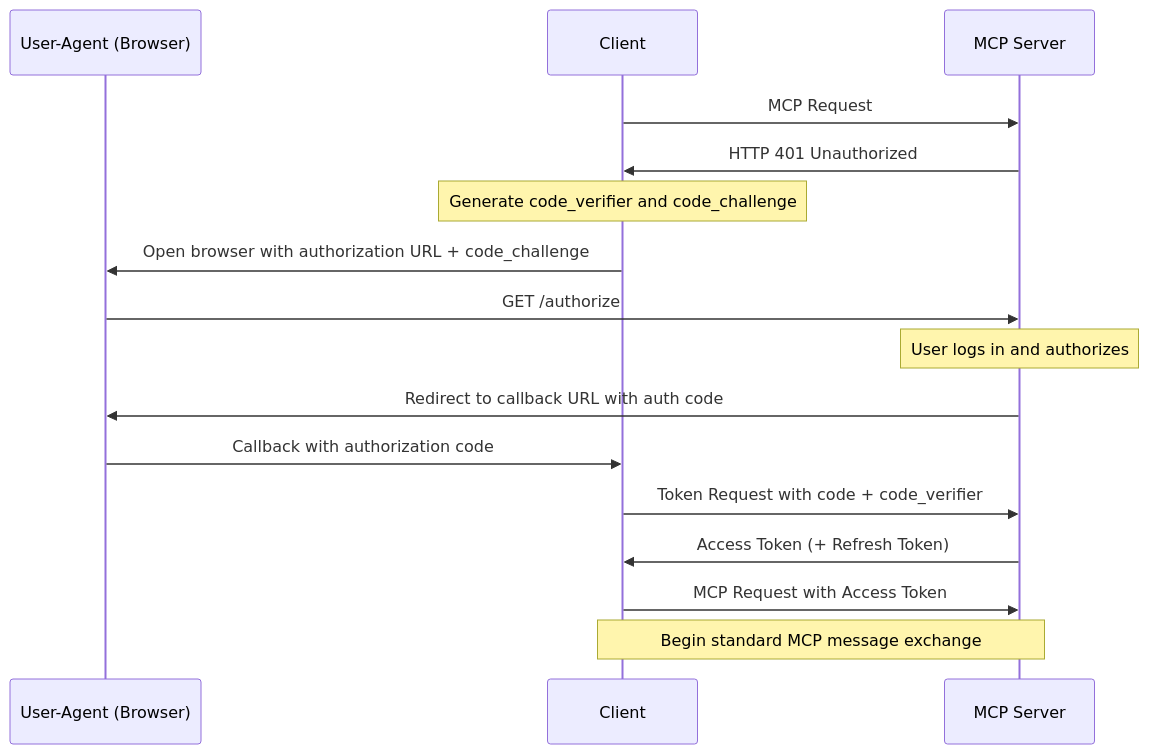
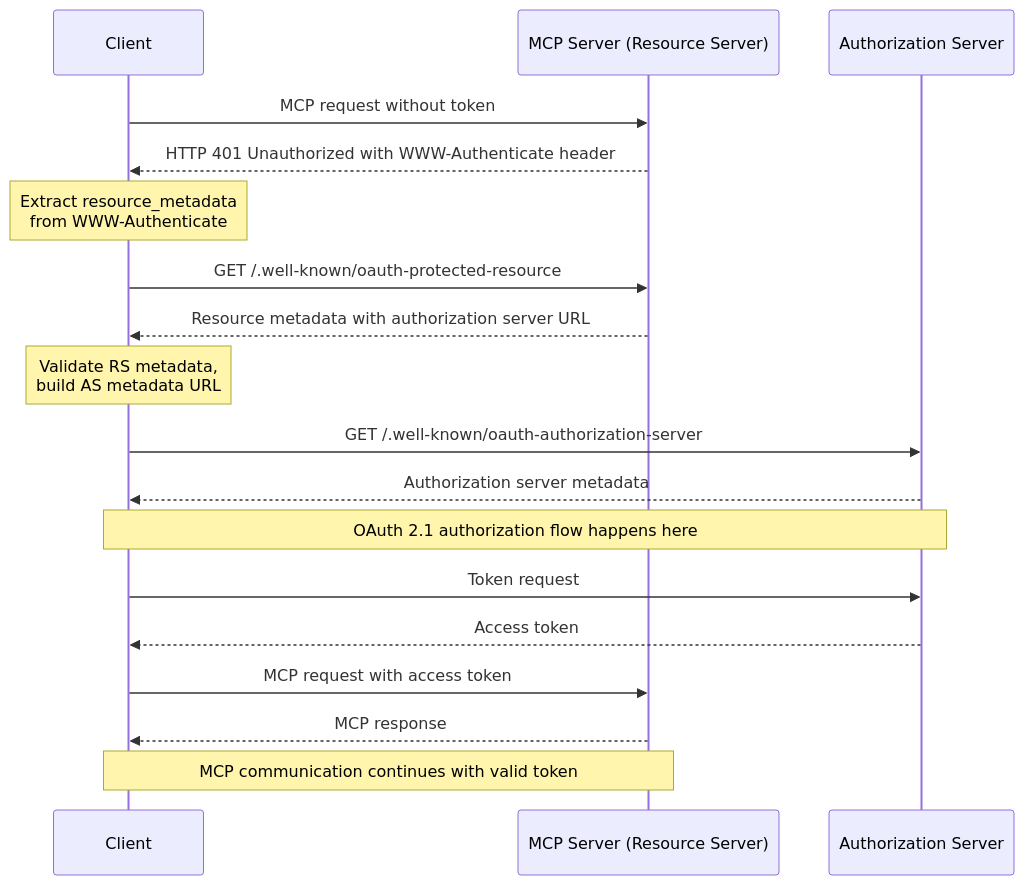
The first of 2 diagrams in docs/specification/draft/basic/authorization.mdx (zcstarr/modelcontextprotocol), drawn with Mermaid before and after one commit. The commit also changed other lines of this file, not shown here.

First line of the commit message:
authorization: Separate authorization server and resource server

````diff
--- a/docs/specification/draft/basic/authorization.mdx
+++ b/docs/specification/draft/basic/authorization.mdx
@@ -87,19 +108,26 @@
 ```mermaid
 sequenceDiagram
-    participant B as User-Agent (Browser)
     participant C as Client
-    participant M as MCP Server
+    participant M as MCP Server (Resource Server)
+    participant A as Authorization Server
 
-    C->>M: MCP Request
-    M->>C: HTTP 401 Unauthorized
-    Note over C: Generate code_verifier and code_challenge
-    C->>B: Open browser with authorization URL + code_challenge
-    B->>M: GET /authorize
-    Note over M: User logs in and authorizes
-    M->>B: Redirect to callback URL with auth code
-    B->>C: Callback with authorization code
-    C->>M: Token Request with code + code_verifier
-    M->>C: Access Token (+ Refresh Token)
-    C->>M: MCP Request with Access Token
-    Note over C,M: Begin standard MCP message exchange
+    C->>M: MCP request without token
+    M-->>C: HTTP 401 Unauthorized with WWW-Authenticate header
+    Note over C: Extract resource_metadata<br />from WWW-Authenticate
+
+    C->>M: GET /.well-known/oauth-protected-resource
+    M-->>C: Resource metadata with authorization server URL
+    Note over C: Validate RS metadata,<br />build AS metadata URL
+
+    C->>A: GET /.well-known/oauth-authorization-server
+    A-->>C: Authorization server metadata
+
+    Note over C,A: OAuth 2.1 authorization flow happens here
+
+    C->>A: Token request
+    A-->>C: Access token
+
+    C->>M: MCP request with access token
+    M-->>C: MCP response
+    Note over C,M: MCP communication continues with valid token
 ```
````
